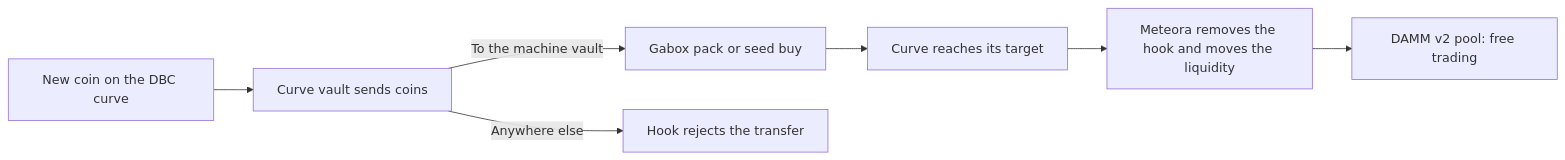
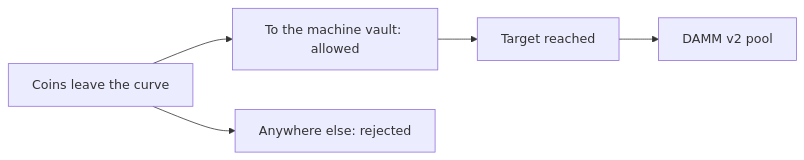
The diagram in hook-and-graduation.mdx (gabox-labs/docs), drawn with Mermaid before and after one commit. The commit also changed other lines of this file and 20 other files, not shown here.

First line of the commit message:
Fix dollar rendering, simplify diagrams, and trim security detail

````diff
--- a/hook-and-graduation.mdx
+++ b/hook-and-graduation.mdx
@@ -9,9 +9,7 @@
 ```mermaid
 flowchart LR
-  A[New coin on the DBC curve] --> B[Curve vault sends coins]
-  B -->|To the machine vault| C[Gabox pack or seed buy]
-  B -->|Anywhere else| D[Hook rejects the transfer]
-  C --> E[Curve reaches its target]
-  E --> F[Meteora removes the hook and moves the liquidity]
-  F --> G[DAMM v2 pool: free trading]
+  A[Coins leave the curve] --> B[To the machine vault: allowed]
+  A --> C[Anywhere else: rejected]
+  B --> D[Target reached]
+  D --> E[DAMM v2 pool]
 ```
````
